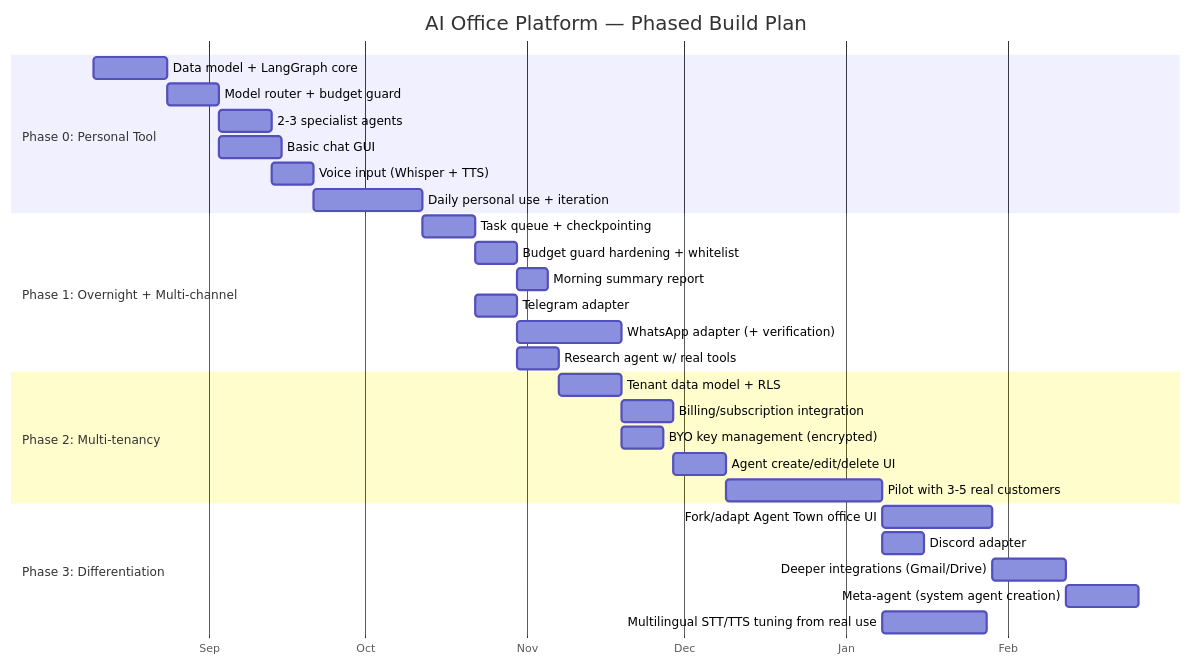
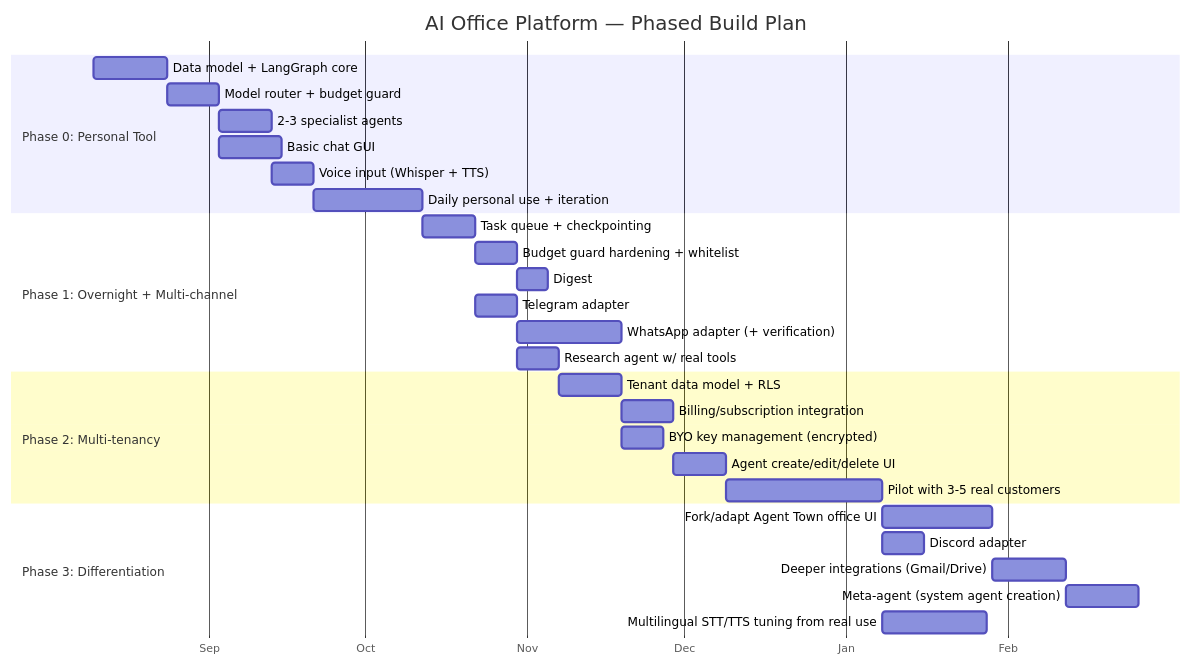
Before and after one commit to meetrakib/orbicrew_master: the diagram in docs/leangine-office-docs/tech/07_phased_development_plan.md, drawn with Mermaid. The commit also changed other lines of this file and 29 other files, not shown here.

````diff
--- a/docs/leangine-office-docs/tech/07_phased_development_plan.md
+++ b/docs/leangine-office-docs/tech/07_phased_development_plan.md
@@ -11,36 +11,36 @@
 ```mermaid
 gantt
     dateFormat  YYYY-MM-DD
     title AI Office Platform — Phased Build Plan
     axisFormat %b
 
     section Phase 0: Personal Tool
     Data model + LangGraph core         :p0a, 2026-08-10, 14d
     Model router + budget guard         :p0b, after p0a, 10d
     2-3 specialist agents               :p0c, after p0b, 10d
     Basic chat GUI                      :p0d, after p0b, 12d
     Voice input (Whisper + TTS)         :p0e, after p0c, 8d
     Daily personal use + iteration      :p0f, after p0e, 21d
 
     section Phase 1: Overnight + Multi-channel
     Task queue + checkpointing          :p1a, after p0f, 10d
     Budget guard hardening + whitelist  :p1b, after p1a, 8d
-    Morning summary report              :p1c, after p1b, 6d
+    Digest                               :p1c, after p1b, 6d
     Telegram adapter                    :p1d, after p1a, 8d
     WhatsApp adapter (+ verification)   :p1e, after p1d, 20d
     Research agent w/ real tools        :p1f, after p1b, 8d
 
     section Phase 2: Multi-tenancy
     Tenant data model + RLS             :p2a, after p1f, 12d
     Billing/subscription integration    :p2b, after p2a, 10d
     BYO key management (encrypted)      :p2c, after p2a, 8d
     Agent create/edit/delete UI         :p2d, after p2b, 10d
     Pilot with 3-5 real customers       :p2e, after p2d, 30d
 
     section Phase 3: Differentiation
     Fork/adapt Agent Town office UI     :p3a, after p2e, 21d
     Discord adapter                     :p3b, after p2e, 8d
     Deeper integrations (Gmail/Drive)   :p3c, after p3a, 14d
     Meta-agent (system agent creation)  :p3d, after p3c, 14d
     Multilingual STT/TTS tuning from real use :p3e, after p2e, 20d
 ```
````
